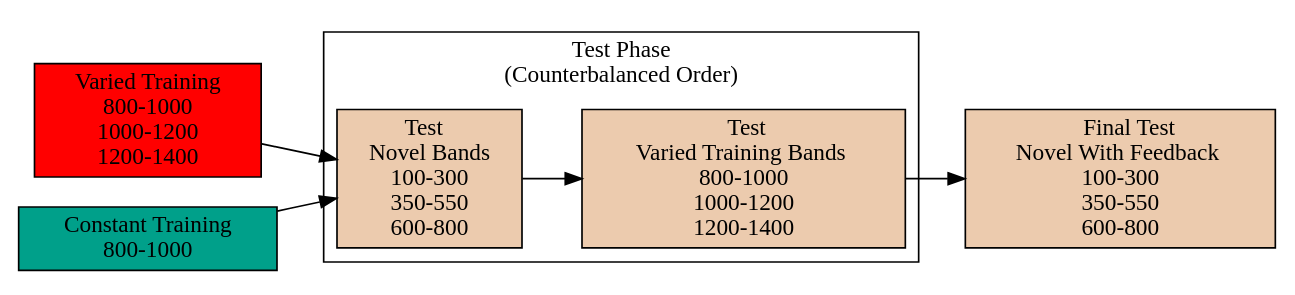
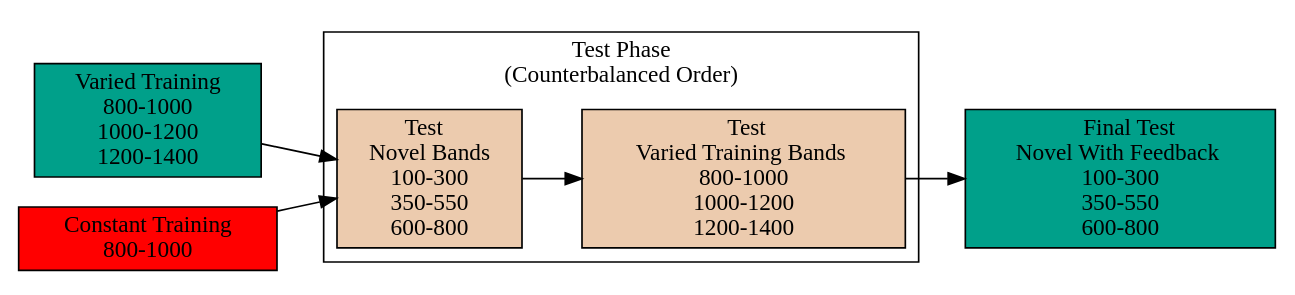
Before and after one commit to tegorman13/Dissertation: the first of 2 diagrams in Sections/HTW.qmd, drawn with Graphviz. The commit also changed other lines of this file and 253 other files, not shown here.

````diff
--- a/Sections/HTW.qmd
+++ b/Sections/HTW.qmd
@@ -156,33 +180,33 @@
 ```{dot}
 //| label: fig-design-e1
 //| fig-cap: "Experiment 1 Design. Constant and Varied participants complete different training conditions."
 //| fig-width: 7.0
 //| fig-height: 2.5
 //| fig-responsive: false
 //| echo: false  
 ///| eval: !expr out_type 
 /////| column: screen-inset-right
 digraph {
   graph [layout = dot, rankdir = LR]
 
   // define the global styles of the nodes
   node [shape = rectangle, style = filled]
 
-  data1 [label = " Varied Training \n800-1000\n1000-1200\n1200-1400", fillcolor = "#FF0000"]
-  data2 [label = " Constant Training \n800-1000", fillcolor = "#00A08A"]
-  Test3 [label = "    Final Test \n  Novel With Feedback  \n100-300\n350-550\n600-800", fillcolor = "#ECCBAE"]
+  data1 [label = " Varied Training \n800-1000\n1000-1200\n1200-1400", fillcolor = "#00A08A"]
+  data2 [label = " Constant Training \n800-1000", fillcolor = "#FF0000"]
+  Test3 [label = "    Final Test \n  Novel With Feedback  \n100-300\n350-550\n600-800", fillcolor = "#00A08A"]
 
   // edge definitions with the node IDs
   data1 -> Test1
   data2 -> Test1
 
   subgraph cluster {
     label = "Test Phase \n(Counterbalanced Order)"
     Test1 [label = "Test  \nNovel Bands \n100-300\n350-550\n600-800", fillcolor = "#ECCBAE"]
     Test2 [label = "  Test \n  Varied Training Bands  \n800-1000\n1000-1200\n1200-1400", fillcolor = "#ECCBAE"]
     Test1 -> Test2
   }
 
   Test2 -> Test3
 }
 ```
````
